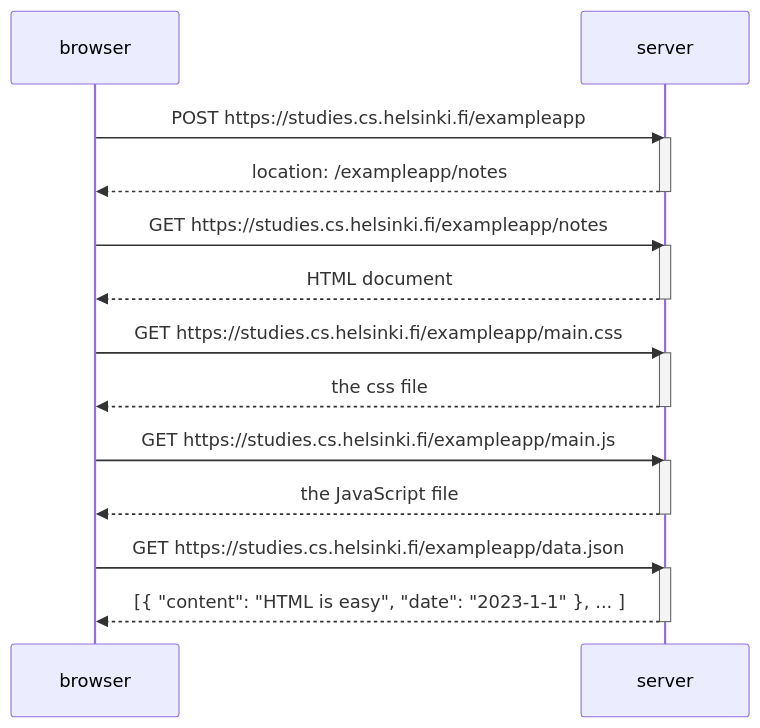
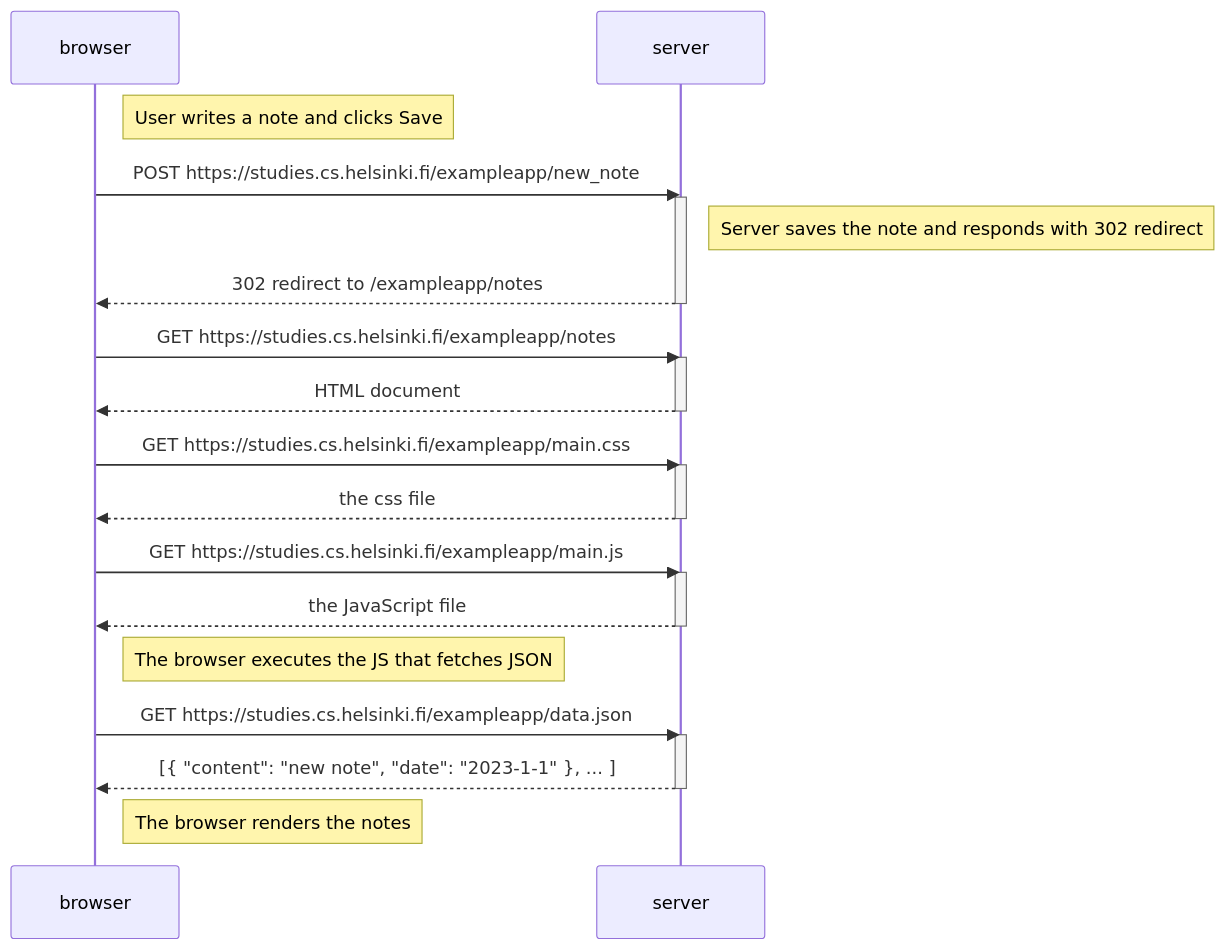
Before and after one commit to CodeWithVinayakKamble/fullstackopen: the diagram in part0/0.4-new-note-diagram.md, drawn with Mermaid.

Commit message:
correct in part0

````diff
--- a/part0/0.4-new-note-diagram.md
+++ b/part0/0.4-new-note-diagram.md
@@ -3,32 +3,35 @@
 ```mermaid
 sequenceDiagram
-
     participant browser
     participant server
 
-    browser->>server: POST https://studies.cs.helsinki.fi/exampleapp
+    Note right of browser: User writes a note and clicks Save
+    browser->>server: POST https://studies.cs.helsinki.fi/exampleapp/new_note
     activate server
-    server-->>browser: location: /exampleapp/notes
+    Note right of server: Server saves the note and responds with 302 redirect
+    server-->>browser: 302 redirect to /exampleapp/notes
     deactivate server
 
     browser->>server: GET https://studies.cs.helsinki.fi/exampleapp/notes
     activate server
     server-->>browser: HTML document
     deactivate server
 
     browser->>server: GET https://studies.cs.helsinki.fi/exampleapp/main.css
     activate server
     server-->>browser: the css file
     deactivate server
 
     browser->>server: GET https://studies.cs.helsinki.fi/exampleapp/main.js
     activate server
     server-->>browser: the JavaScript file
     deactivate server
 
+    Note right of browser: The browser executes the JS that fetches JSON
     browser->>server: GET https://studies.cs.helsinki.fi/exampleapp/data.json
     activate server
-    server-->>browser: [{ "content": "HTML is easy", "date": "2023-1-1" }, ... ]
+    server-->>browser: [{ "content": "new note", "date": "2023-1-1" }, ... ]
     deactivate server
 
+    Note right of browser: The browser renders the notes
 ```
````
